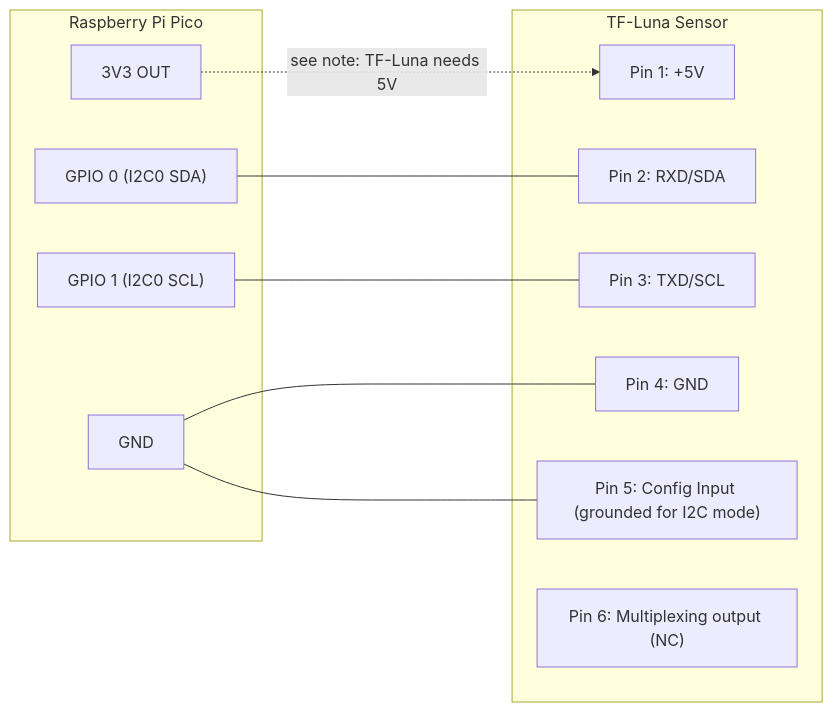
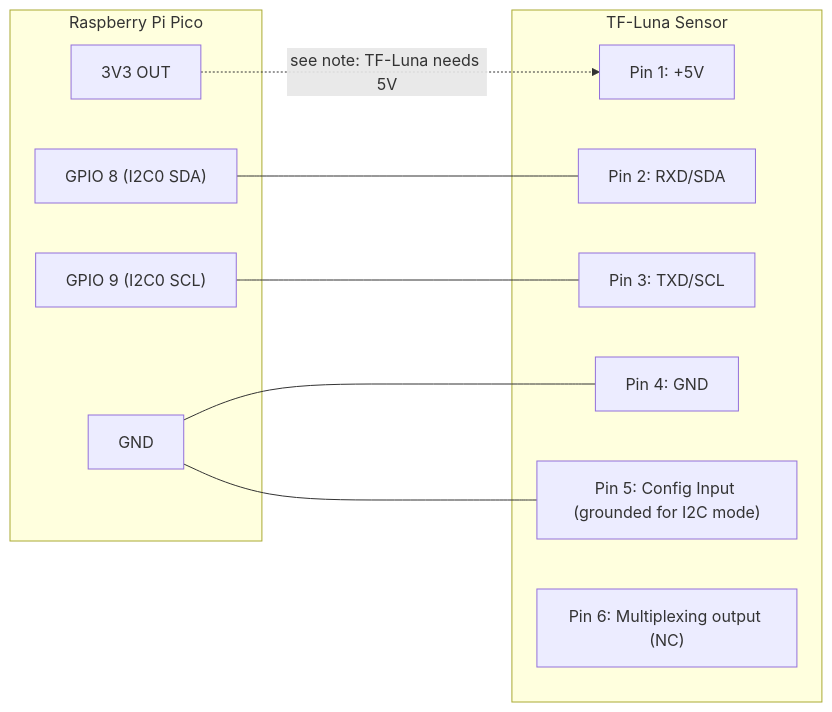
Before and after one commit to djaus2/TF-Luma-Ble: the diagram in RpiPicoBleSvc/README.md, drawn with Mermaid. The commit also changed other lines of this file and 5 other files, not shown here.

````diff
--- a/RpiPicoBleSvc/README.md
+++ b/RpiPicoBleSvc/README.md
@@ -80,24 +83,24 @@
 ```mermaid
 graph LR
     subgraph Pico["Raspberry Pi Pico"]
-        SDA["GPIO 0 (I2C0 SDA)"]
-        SCL["GPIO 1 (I2C0 SCL)"]
+        SDA["GPIO 8 (I2C0 SDA)"]
+        SCL["GPIO 9 (I2C0 SCL)"]
         VBUS["3V3 OUT"]
         GND["GND"]
     end
 
     subgraph TFLuna["TF-Luna Sensor"]
         TVCC["Pin 1: +5V"]
         TSDA["Pin 2: RXD/SDA"]
         TSCL["Pin 3: TXD/SCL"]
         TGND["Pin 4: GND"]
         TCFG["Pin 5: Config Input (grounded for I2C mode)"]
         TMUX["Pin 6: Multiplexing output (NC)"]
     end
 
     SDA --- TSDA
     SCL --- TSCL
     VBUS -.->|"see note: TF-Luna needs 5V"| TVCC
     GND --- TGND
     GND --- TCFG
 ```
````
